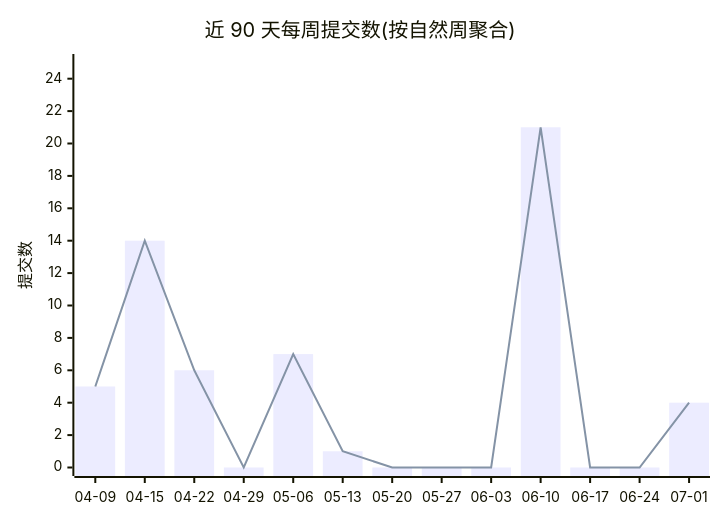
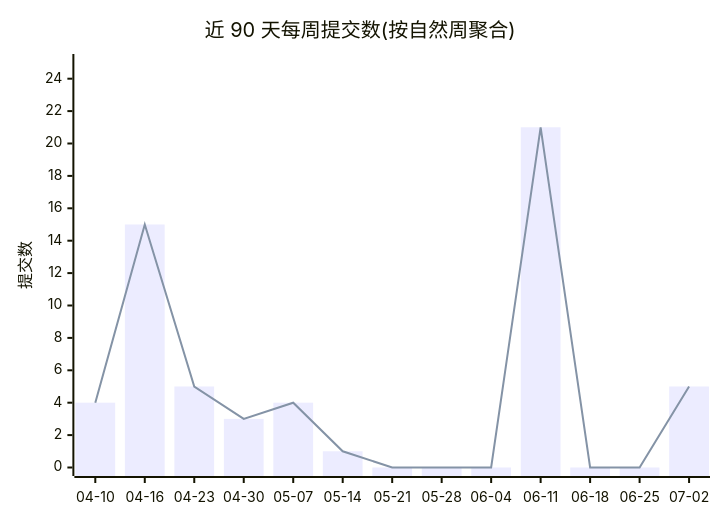
One commit to Conflux-Union/.github changed the first of 2 diagrams in profile/README.md. Above: the diagram before and after it, drawn with Mermaid. The commit also changed other lines of this file and 1 other file, not shown here.

Commit message:
chore(stats): refresh org commit stats

````diff
--- a/profile/README.md
+++ b/profile/README.md
@@ -44,8 +44,8 @@
 ```mermaid
 xychart-beta
     title "近 90 天每周提交数(按自然周聚合)"
-    x-axis ["04-09", "04-15", "04-22", "04-29", "05-06", "05-13", "05-20", "05-27", "06-03", "06-10", "06-17", "06-24", "07-01"]
+    x-axis ["04-10", "04-16", "04-23", "04-30", "05-07", "05-14", "05-21", "05-28", "06-04", "06-11", "06-18", "06-25", "07-02"]
     y-axis "提交数" 0 --> 25
-    bar [5, 14, 6, 0, 7, 1, 0, 0, 0, 21, 0, 0, 4]
-    line [5, 14, 6, 0, 7, 1, 0, 0, 0, 21, 0, 0, 4]
+    bar [4, 15, 5, 3, 4, 1, 0, 0, 0, 21, 0, 0, 5]
+    line [4, 15, 5, 3, 4, 1, 0, 0, 0, 21, 0, 0, 5]
 ```
````
